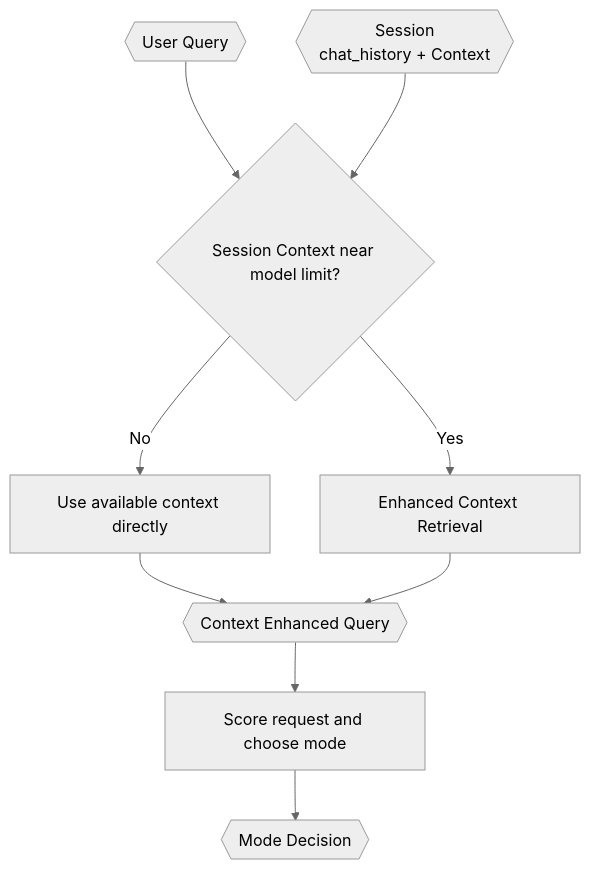
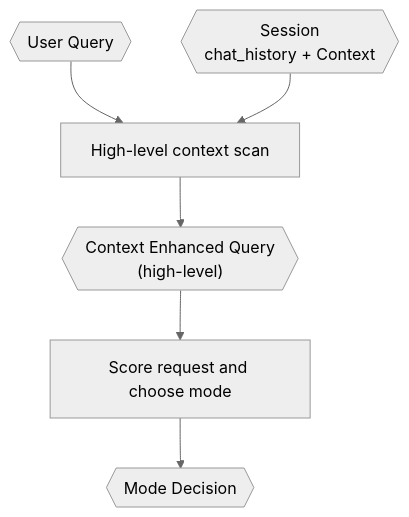
Before and after one commit to VJyzCELERY/TINYCUA: the diagram in src/tinycua/docs/architecture/query-analyst.md, drawn with Mermaid (neutral theme). The commit also changed other lines of this file and 7 other files, not shown here.

First line of the commit message:
refactor(docs): reassign Enhanced Context Retrieval from Query Analyst to Information Digester

````diff
--- a/src/tinycua/docs/architecture/query-analyst.md
+++ b/src/tinycua/docs/architecture/query-analyst.md
@@ -56,20 +56,15 @@
 ```mermaid
 flowchart TD
     UQ{{"User Query"}}
     FSC{{"Session\nchat_history + Context"}}
-    SIZE{"Session Context near model limit?"}
-    DIRECT["Use available context directly"]
-    RETRIEVE["Enhanced Context Retrieval"]
-    CEQ{{"Context Enhanced Query"}}
+    SCAN["High-level context scan"]
+    CEQ{{"Context Enhanced Query\n(high-level)"}}
     CLASSIFY["Score request and choose mode"]
     MD{{"Mode Decision"}}
 
-    UQ --> SIZE
-    FSC --> SIZE
-    SIZE -->|No| DIRECT
-    SIZE -->|Yes| RETRIEVE
-    DIRECT --> CEQ
-    RETRIEVE --> CEQ
+    UQ --> SCAN
+    FSC --> SCAN
+    SCAN --> CEQ
     CEQ --> CLASSIFY
     CLASSIFY --> MD
 ```
````
